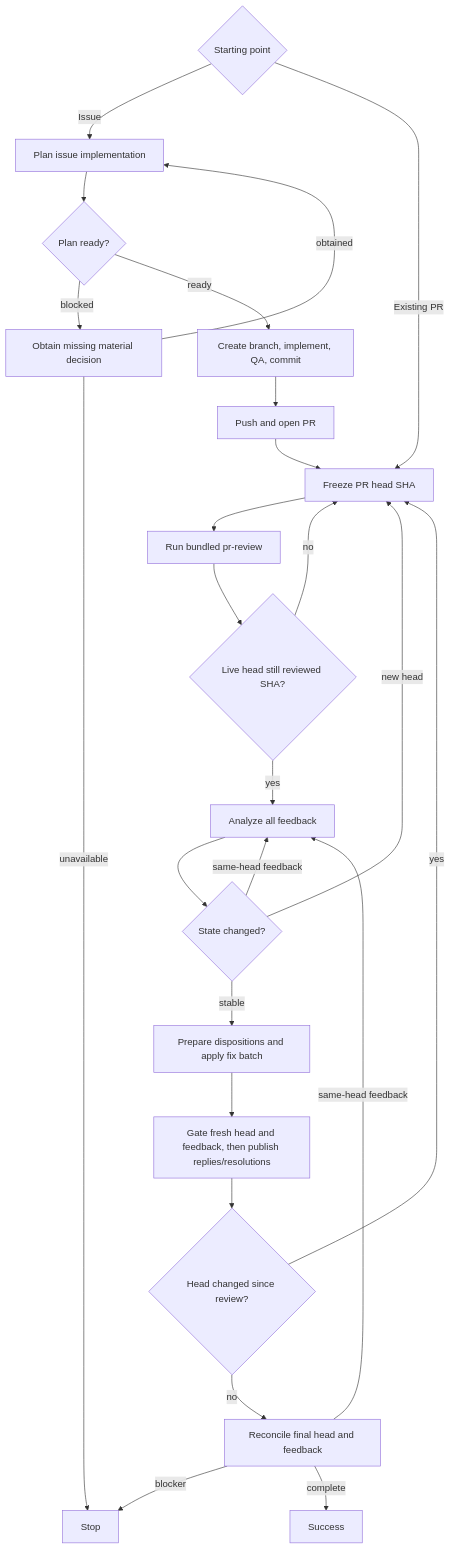
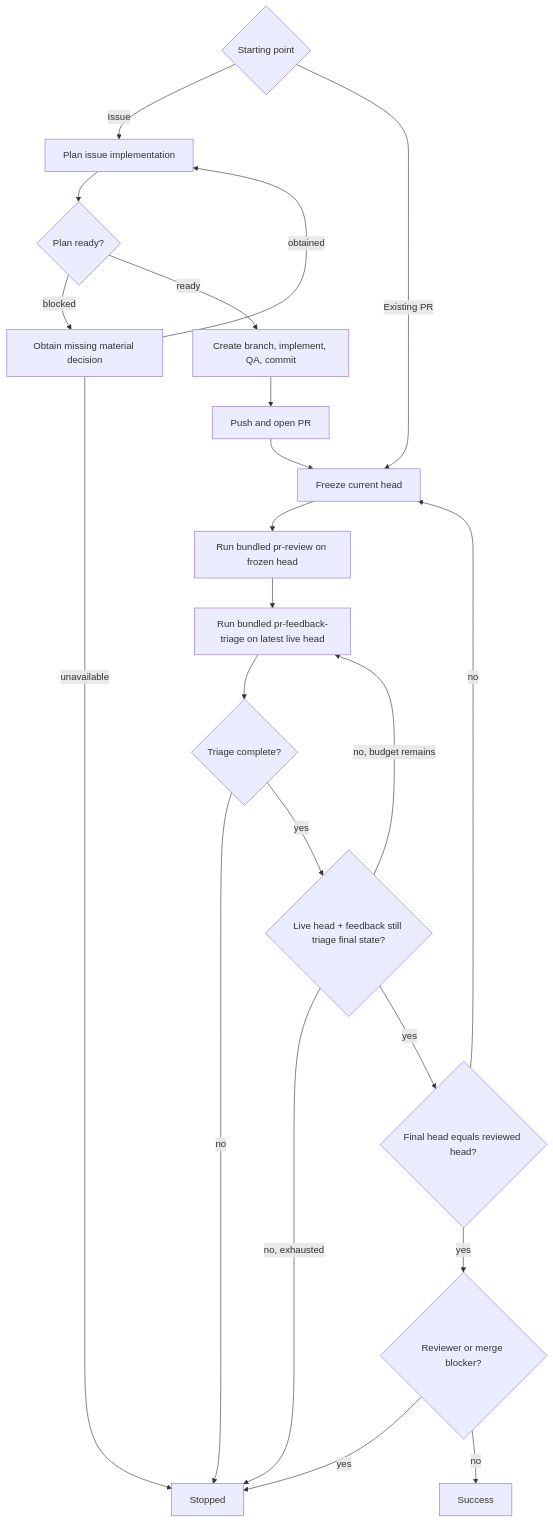
One commit to dceoy/pr-loop changed the diagram in skills/pr-loop/SKILL.md. Above: the diagram before and after it, drawn with Mermaid. The commit also changed other lines of this file and 2 other files, not shown here.

First line of the commit message:
Compose pr-loop with bundled pr-feedback-triage (#9)

````diff
--- a/skills/pr-loop/SKILL.md
+++ b/skills/pr-loop/SKILL.md
@@ -149,27 +82,24 @@
 ```mermaid
 flowchart TD
   S{Starting point} -->|Issue| P[Plan issue implementation]
   S -->|Existing PR| A
   P --> Q{Plan ready?}
   Q -->|blocked| R[Obtain missing material decision]
   R -->|obtained| P
-  R -->|unavailable| K[Stop]
+  R -->|unavailable| K[Stopped]
   Q -->|ready| M[Create branch, implement, QA, commit]
   M --> N[Push and open PR]
-  N --> A[Freeze PR head SHA]
-  A --> B[Run bundled pr-review]
-  B --> C{Live head still reviewed SHA?}
-  C -->|no| A
-  C -->|yes| D[Analyze all feedback]
-  D --> E{State changed?}
-  E -->|new head| A
-  E -->|same-head feedback| D
-  E -->|stable| F[Prepare dispositions and apply fix batch]
-  F --> G[Gate fresh head and feedback, then publish replies/resolutions]
-  G --> H{Head changed since review?}
-  H -->|yes| A
-  H -->|no| I[Reconcile final head and feedback]
-  I -->|same-head feedback| D
-  I -->|blocker| K
-  I -->|complete| L[Success]
+  N --> A[Freeze current head]
+  A --> B[Run bundled pr-review on frozen head]
+  B --> C[Run bundled pr-feedback-triage on latest live head]
+  C --> D{Triage complete?}
+  D -->|no| K
+  D -->|yes| E{Live head + feedback still triage final state?}
+  E -->|no, budget remains| C
+  E -->|no, exhausted| K
+  E -->|yes| F{Final head equals reviewed head?}
+  F -->|no| A
+  F -->|yes| G{Reviewer or merge blocker?}
+  G -->|yes| K
+  G -->|no| L[Success]
 ```
````
